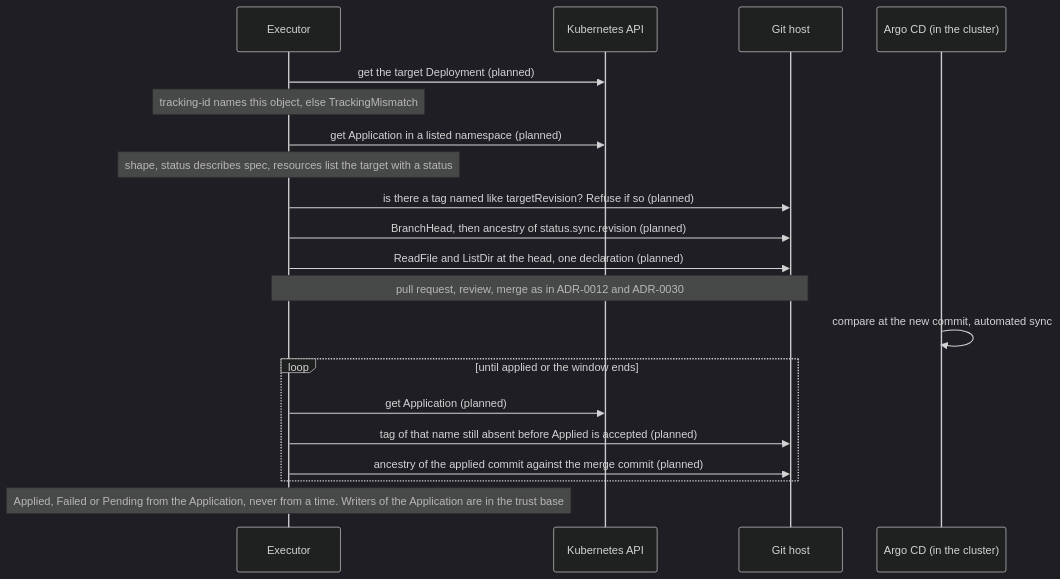
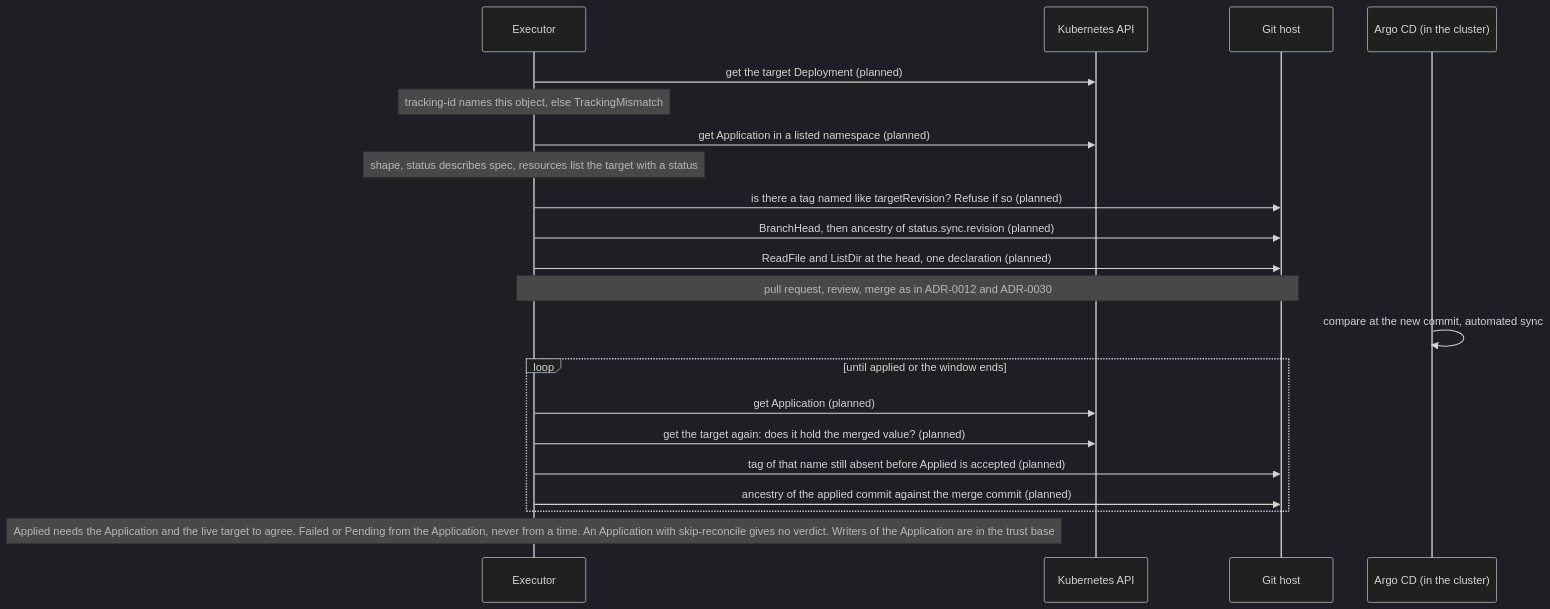
One commit to pkalin/shadewright changed the diagram in docs/adr/0033-argo-cd-delivery-and-source-mapping.md. Above: the diagram before and after it, drawn with Mermaid (dark theme). The commit also changed other lines of this file and 1 other file, not shown here.

````diff
--- a/docs/adr/0033-argo-cd-delivery-and-source-mapping.md
+++ b/docs/adr/0033-argo-cd-delivery-and-source-mapping.md
@@ -184,22 +197,23 @@
 ```mermaid
 sequenceDiagram
     participant E as Executor
     participant K as Kubernetes API
     participant G as Git host
     participant A as Argo CD (in the cluster)
     E->>K: get the target Deployment (planned)
     Note over E: tracking-id names this object, else TrackingMismatch
     E->>K: get Application in a listed namespace (planned)
     Note over E: shape, status describes spec, resources list the target with a status
     E->>G: is there a tag named like targetRevision? Refuse if so (planned)
     E->>G: BranchHead, then ancestry of status.sync.revision (planned)
     E->>G: ReadFile and ListDir at the head, one declaration (planned)
     Note over E,G: pull request, review, merge as in ADR-0012 and ADR-0030
     A->>A: compare at the new commit, automated sync
     loop until applied or the window ends
         E->>K: get Application (planned)
+        E->>K: get the target again: does it hold the merged value? (planned)
         E->>G: tag of that name still absent before Applied is accepted (planned)
         E->>G: ancestry of the applied commit against the merge commit (planned)
     end
-    Note over E: Applied, Failed or Pending from the Application, never from a time. Writers of the Application are in the trust base
+    Note over E: Applied needs the Application and the live target to agree. Failed or Pending from the Application, never from a time. An Application with skip-reconcile gives no verdict. Writers of the Application are in the trust base
 ```
````
